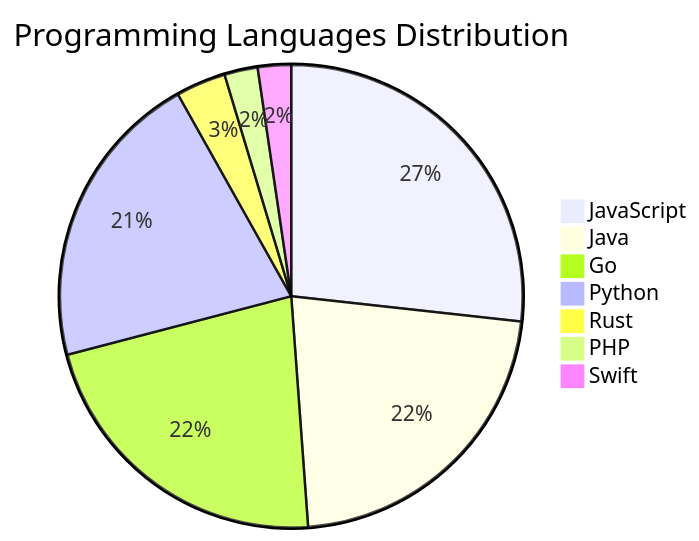
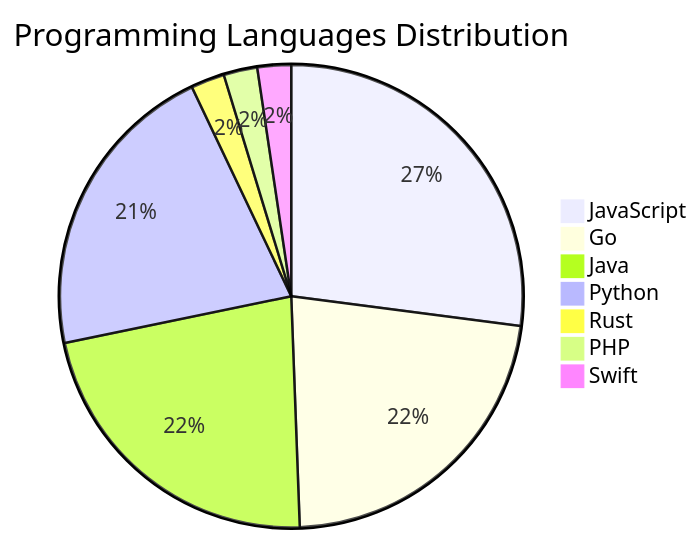
The diagram in README.md (Derrick-MUGISHA/github-activity-bot), drawn with Mermaid before and after one commit. The commit also changed other lines of this file and 3 other files, not shown here.

````diff
--- a/README.md
+++ b/README.md
@@ -73,10 +73,10 @@
 ```mermaid
 pie title Programming Languages Distribution
     "JavaScript" : 23
+    "Go" : 19
     "Java" : 19
-    "Go" : 19
     "Python" : 18
-    "Rust" : 3
+    "Rust" : 2
     "PHP" : 2
     "Swift" : 2
 ```
````
